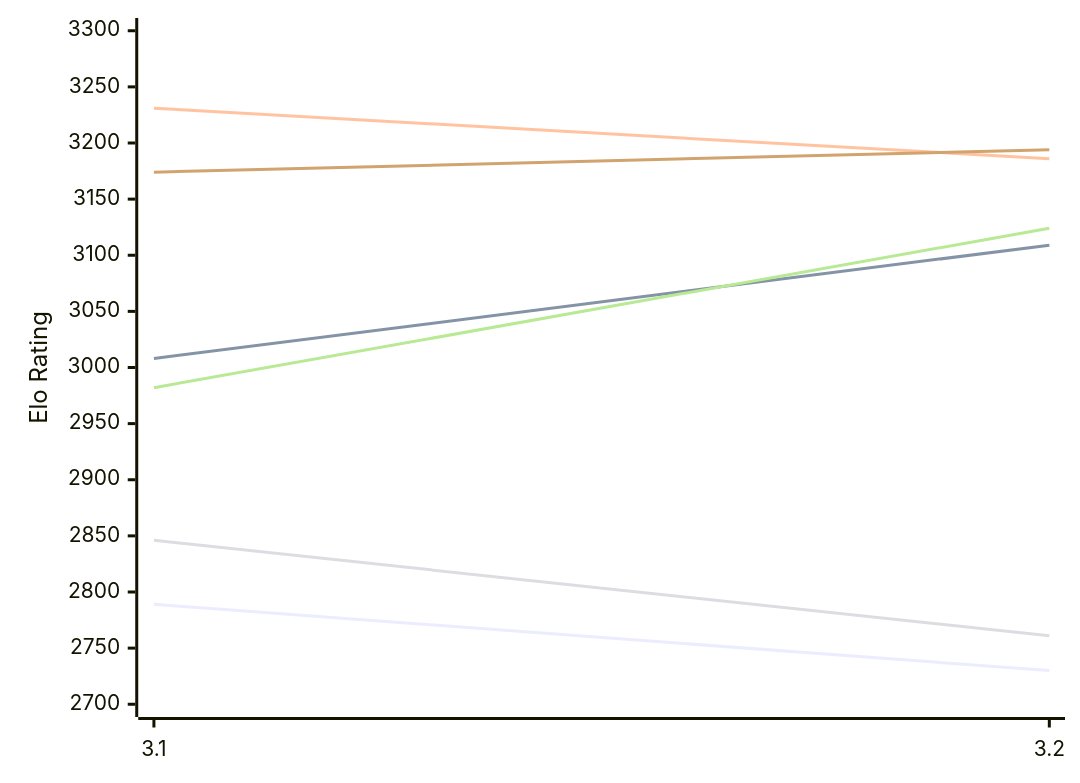
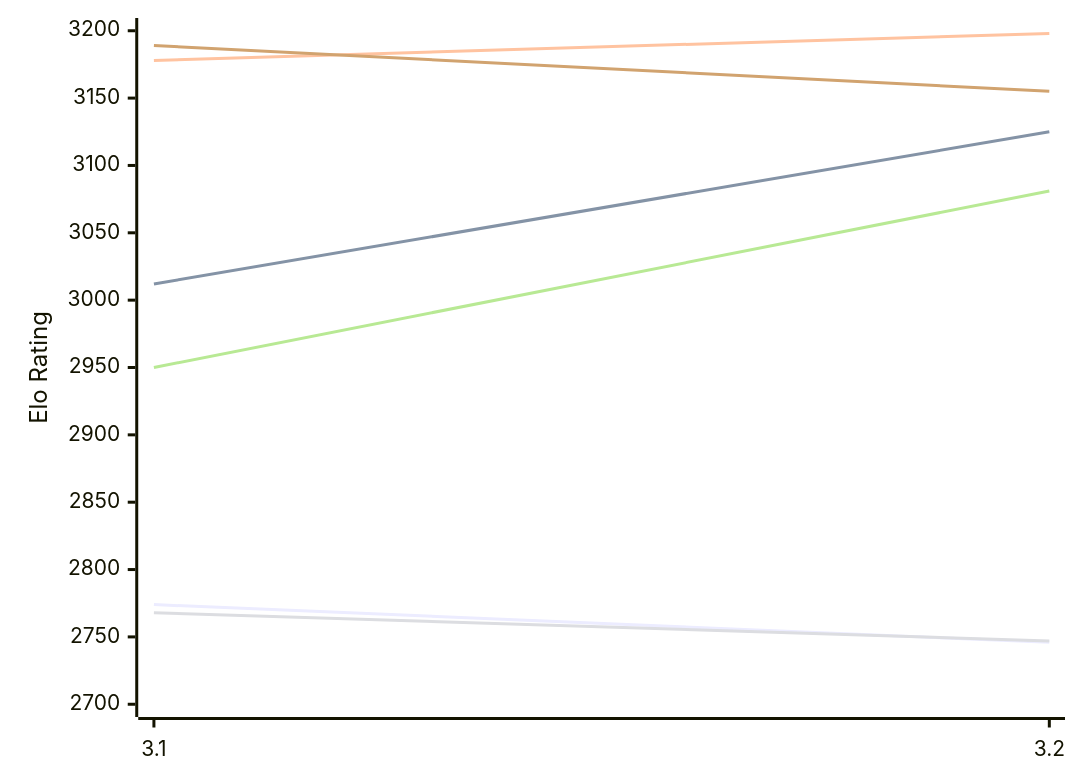
The first of 2 diagrams in engines/Vajolet2.md (computer-chess-index/cci), drawn with Mermaid before and after one commit. The commit also changed other lines of this file, not shown here.

Commit message:
Update CCI Ratings (ELO VLTC) - 2026-11-14

````diff
--- a/engines/Vajolet2.md
+++ b/engines/Vajolet2.md
@@ -51,12 +51,12 @@
 ```mermaid
 %%{init: {"theme":"base","themeVariables":{"seriesColors:['#a3a3a3','#222221','#faa371']}}}%%
 xychart-beta
   x-axis ["3.1", "3.2"]
-  y-axis "Elo Rating" 2700 --> 3300
-  line "E1: STC (8.0+0.08s)" [2789, 2730]
-  line "E1: LTC (60.0+0.60s)" [3008, 3109]
-  line "E1: VLTC (2m24s+1.12s)" [3231, 3186]
-  line "P1: STC (8.0+0.08s)" [2846, 2761]
-  line "P1: LTC (60.0+0.60s)" [2982, 3124]
-  line "P1: VLTC (2m24s+1.12s)" [3174, 3194]
+  y-axis "Elo Rating" 2700 --> 3200
+  line "E1: STC (8.0+0.08s)" [2774, 2746]
+  line "E1: LTC (60.0+0.60s)" [3012, 3125]
+  line "E1: VLTC (2m24s+1.12s)" [3178, 3198]
+  line "P1: STC (8.0+0.08s)" [2768, 2747]
+  line "P1: LTC (60.0+0.60s)" [2950, 3081]
+  line "P1: VLTC (2m24s+1.12s)" [3189, 3155]
 ```
````
